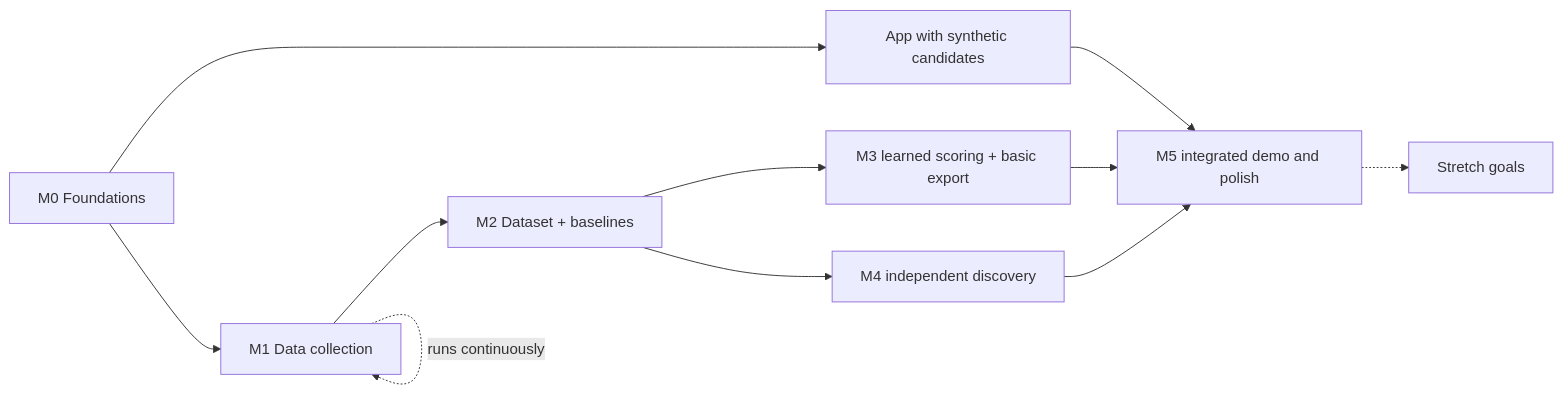
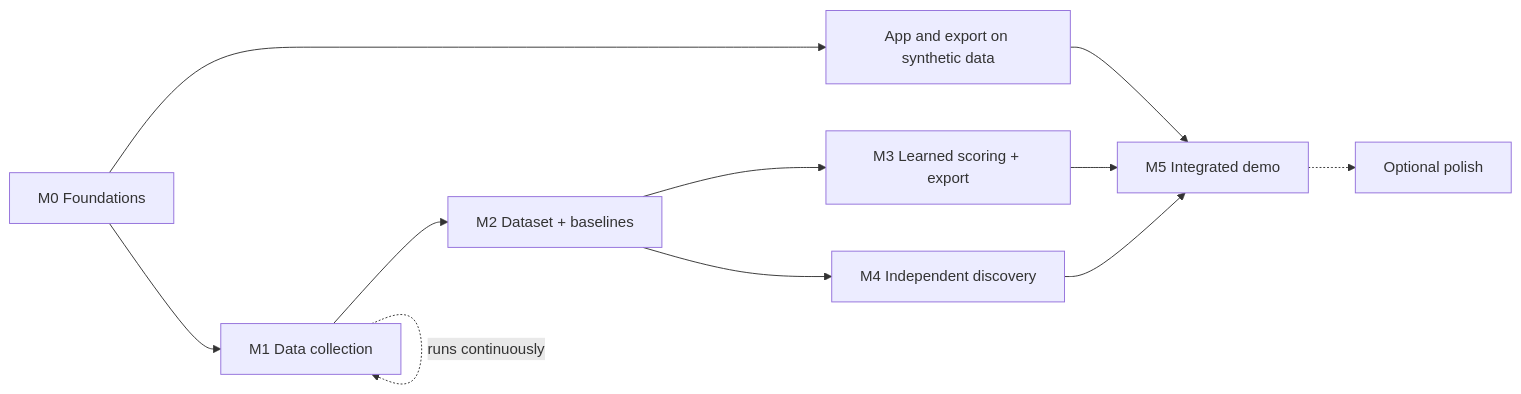
One commit to adillpickles/AutoClipper changed the diagram in docs/product/roadmap.md. Above: the diagram before and after it, drawn with Mermaid. The commit also changed other lines of this file and 17 other files, not shown here.

````diff
--- a/docs/product/roadmap.md
+++ b/docs/product/roadmap.md
@@ -12,13 +14,13 @@
 ```mermaid
 flowchart LR
     M0[M0 Foundations] --> M1[M1 Data collection]
     M1 --> M2[M2 Dataset + baselines]
-    M2 --> M3[M3 learned scoring + basic export]
-    M2 --> M4[M4 independent discovery]
-    M0 --> APP[App with synthetic candidates]
-    APP --> M5[M5 integrated demo and polish]
+    M2 --> M3[M3 Learned scoring + export]
+    M2 --> M4[M4 Independent discovery]
+    M0 --> APP[App and export on synthetic data]
+    APP --> M5[M5 Integrated demo]
     M3 --> M5
     M4 --> M5
-    M5 -.-> S[Stretch goals]
+    M5 -.-> S[Optional polish]
     M1 -. runs continuously .-> M1
 ```
````
